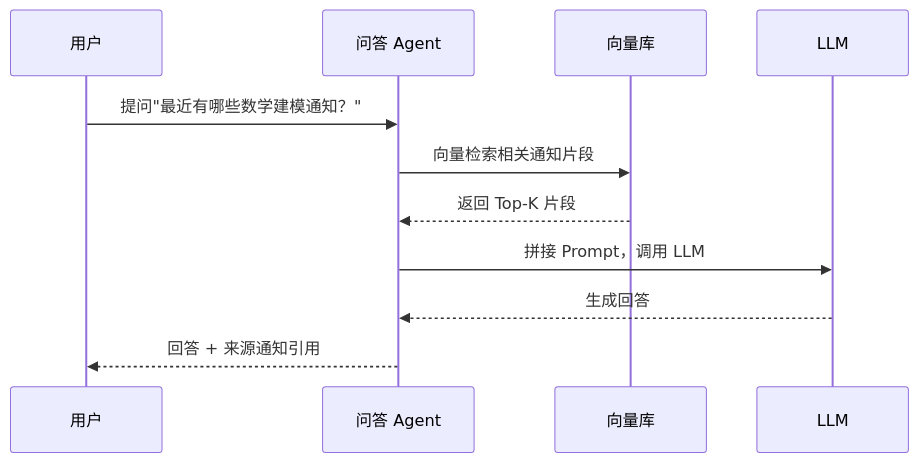
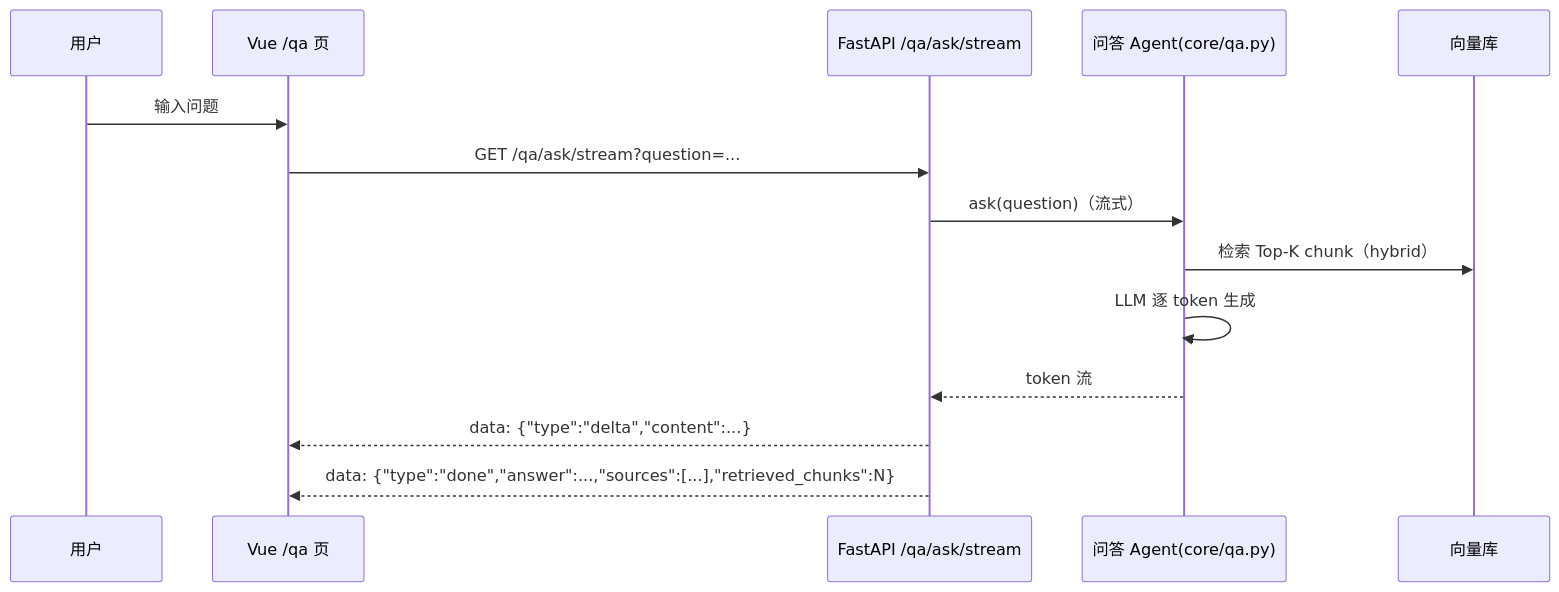
The fourth of 4 diagrams in docs/ARCHITECTURE.md (HLGZJY/campus_notice_assistant_v2), drawn with Mermaid before and after one commit. The commit also changed other lines of this file and 7 other files, not shown here.

````diff
--- a/docs/ARCHITECTURE.md
+++ b/docs/ARCHITECTURE.md
@@ -115,14 +217,17 @@
 ```mermaid
 sequenceDiagram
     participant U as 用户
-    participant Q as 问答 Agent
+    participant F as Vue /qa 页
+    participant A as FastAPI /qa/ask/stream
+    participant Q as 问答 Agent(core/qa.py)
     participant V as 向量库
-    participant L as LLM
 
-    U->>Q: 提问"最近有哪些数学建模通知？"
-    Q->>V: 向量检索相关通知片段
-    V-->>Q: 返回 Top-K 片段
-    Q->>L: 拼接 Prompt，调用 LLM
-    L-->>Q: 生成回答
-    Q-->>U: 回答 + 来源通知引用
+    U->>F: 输入问题
+    F->>A: GET /qa/ask/stream?question=...
+    A->>Q: ask(question)（流式）
+    Q->>V: 检索 Top-K chunk（hybrid）
+    Q->>Q: LLM 逐 token 生成
+    Q-->>A: token 流
+    A-->>F: data: {"type":"delta","content":...}
+    A-->>F: data: {"type":"done","answer":...,"sources":[...],"retrieved_chunks":N}
 ```
````
